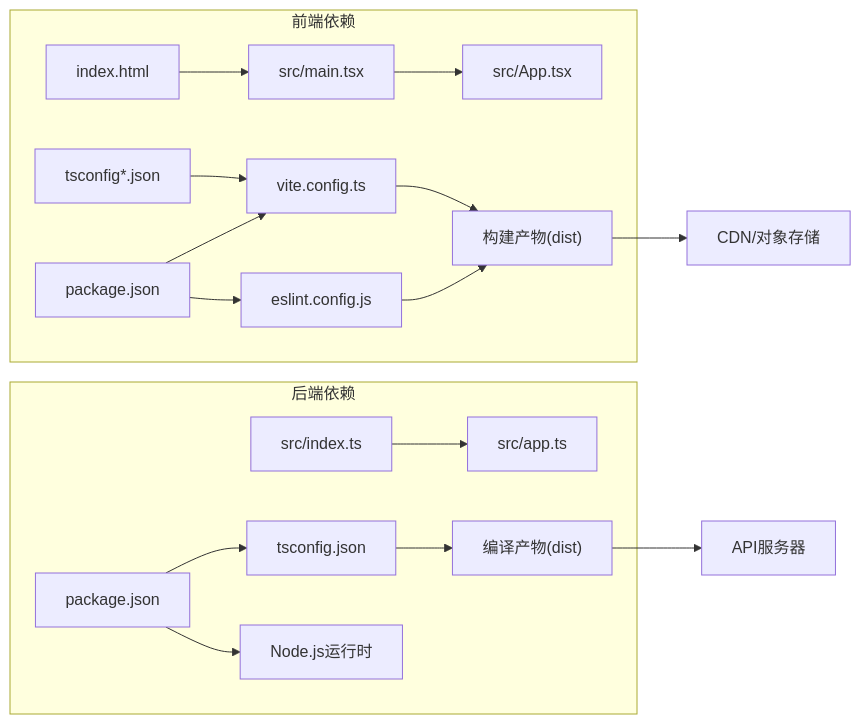
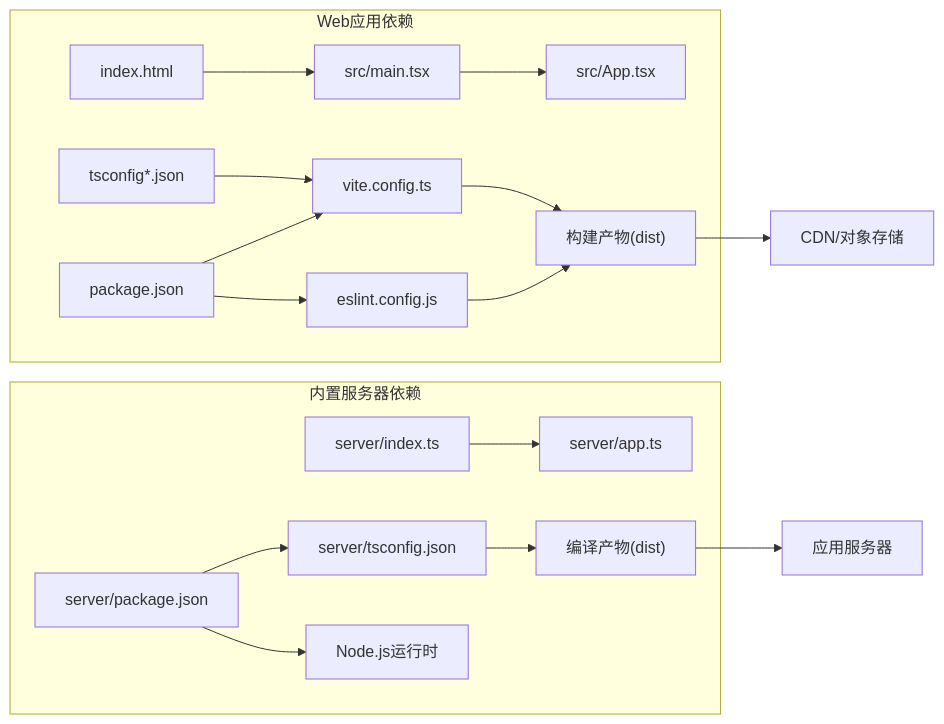
The third of 3 diagrams in .qoder/repowiki/zh/content/构建与部署/构建与部署.md (Maki3991/study-PactLedger), drawn with Mermaid before and after one commit. The commit also changed other lines of this file and 8 other files, not shown here.

````diff
--- a/.qoder/repowiki/zh/content/构建与部署/构建与部署.md
+++ b/.qoder/repowiki/zh/content/构建与部署/构建与部署.md
@@ -228,20 +222,20 @@
 ```mermaid
 graph LR
-subgraph "前端依赖"
+subgraph "Web应用依赖"
 Main["src/main.tsx"] --> App["src/App.tsx"]
 Index["index.html"] --> Main
 ViteCfg["vite.config.ts"] --> Build["构建产物(dist)"]
 TSConf["tsconfig*.json"] --> ViteCfg
 ESLint["eslint.config.js"] --> Build
 Pkg["package.json"] --> ViteCfg
 Pkg --> ESLint
 end
-subgraph "后端依赖"
-ServerIndex["src/index.ts"] --> ServerApp["src/app.ts"]
-ServerTS["tsconfig.json"] --> ServerBuild["编译产物(dist)"]
-ServerPkg["package.json"] --> ServerTS
+subgraph "内置服务器依赖"
+ServerIndex["server/index.ts"] --> ServerApp["server/app.ts"]
+ServerTS["server/tsconfig.json"] --> ServerBuild["编译产物(dist)"]
+ServerPkg["server/package.json"] --> ServerTS
 ServerPkg --> ServerRuntime["Node.js运行时"]
 end
 Build --> CDN["CDN/对象存储"]
-ServerBuild --> APIServer["API服务器"]
+ServerBuild --> AppServer["应用服务器"]
 ```
````
